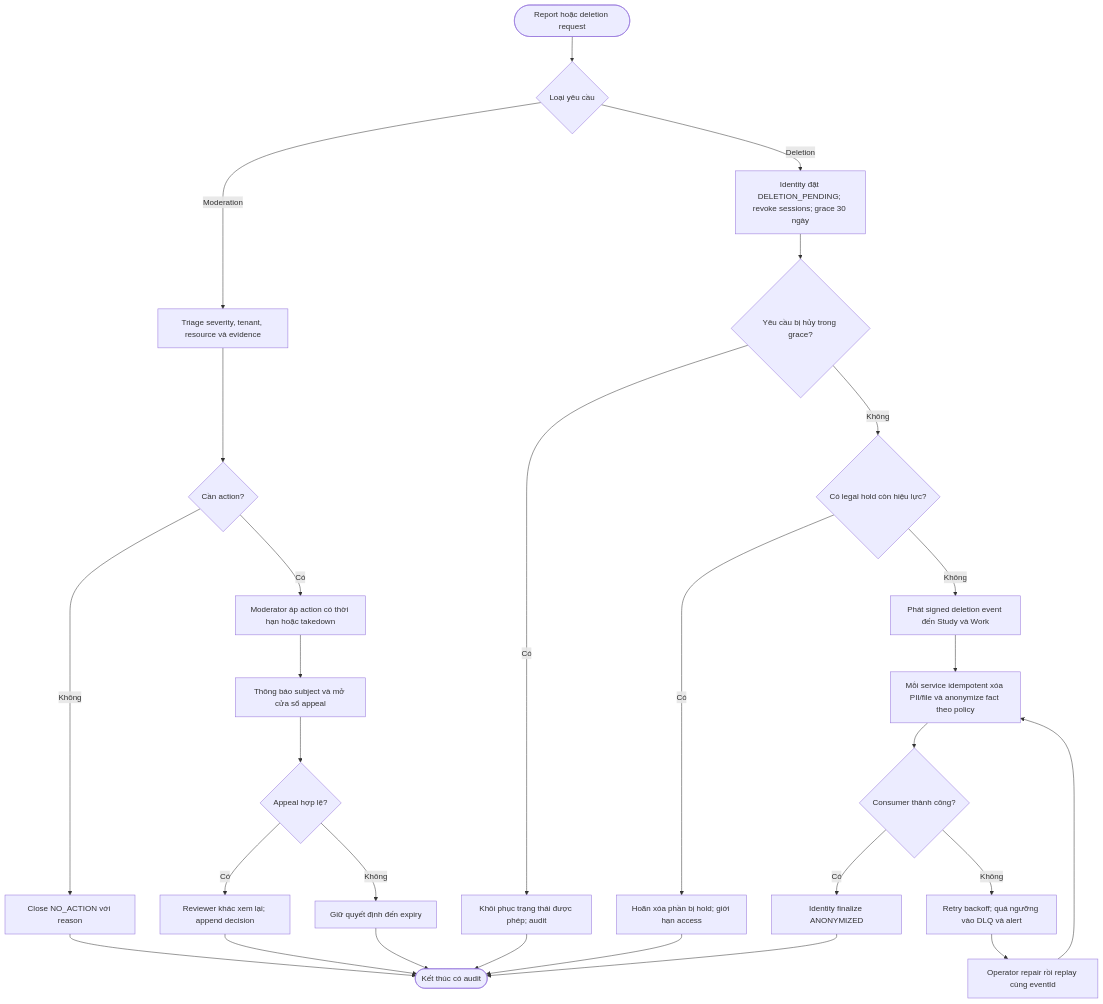
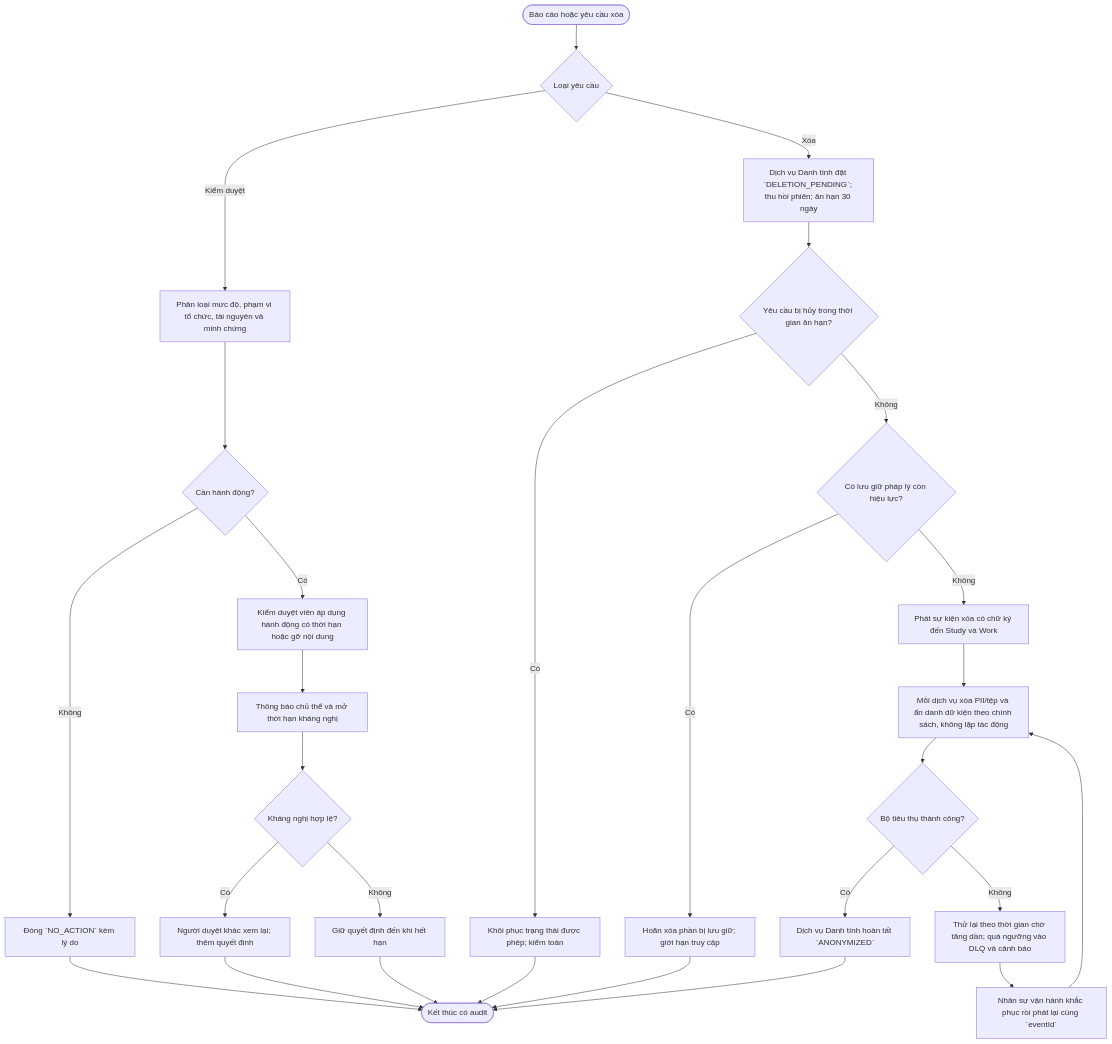
One commit to daovanhung-dev/Study2Work changed diagram 20 of 47 in docs/BD/02_BIEU_DO_HE_THONG.md. Above: the diagram before and after it, drawn with Mermaid. The commit also changed other lines of this file and 2295 other files, not shown here.

````diff
--- a/docs/BD/02_BIEU_DO_HE_THONG.md
+++ b/docs/BD/02_BIEU_DO_HE_THONG.md
@@ -810,30 +811,30 @@
 ```mermaid
 flowchart TD
-    A([Report hoặc deletion request]) --> B{Loại yêu cầu}
-    B -- Moderation --> C[Triage severity, tenant, resource và evidence]
-    C --> D{Cần action?}
-    D -- Không --> E[Close NO_ACTION với reason]
-    D -- Có --> F[Moderator áp action có thời hạn hoặc takedown]
-    F --> G[Thông báo subject và mở cửa sổ appeal]
-    G --> H{Appeal hợp lệ?}
-    H -- Có --> I[Reviewer khác xem lại; append decision]
-    H -- Không --> J[Giữ quyết định đến expiry]
-    B -- Deletion --> K[Identity đặt DELETION_PENDING; revoke sessions; grace 30 ngày]
-    K --> L{Yêu cầu bị hủy trong grace?}
-    L -- Có --> M[Khôi phục trạng thái được phép; audit]
-    L -- Không --> N{Có legal hold còn hiệu lực?}
-    N -- Có --> O[Hoãn xóa phần bị hold; giới hạn access]
-    N -- Không --> P[Phát signed deletion event đến Study và Work]
-    P --> Q[Mỗi service idempotent xóa PII/file và anonymize fact theo policy]
-    Q --> R{Consumer thành công?}
-    R -- Không --> S[Retry backoff; quá ngưỡng vào DLQ và alert]
-    R -- Có --> T[Identity finalize ANONYMIZED]
-    S --> U[Operator repair rồi replay cùng eventId]
+    A([Báo cáo hoặc yêu cầu xóa]) --> B{Loại yêu cầu}
+    B -- Kiểm duyệt --> C[Phân loại mức độ, phạm vi tổ chức, tài nguyên và minh chứng]
+    C --> D{Cần hành động?}
+    D -- Không --> E[Đóng `NO_ACTION` kèm lý do]
+    D -- Có --> F[Kiểm duyệt viên áp dụng hành động có thời hạn hoặc gỡ nội dung]
+    F --> G[Thông báo chủ thể và mở thời hạn kháng nghị]
+    G --> H{Kháng nghị hợp lệ?}
+    H -- Có --> I[Người duyệt khác xem lại; thêm quyết định]
+    H -- Không --> J[Giữ quyết định đến khi hết hạn]
+    B -- Xóa --> K[Dịch vụ Danh tính đặt `DELETION_PENDING`; thu hồi phiên; ân hạn 30 ngày]
+    K --> L{Yêu cầu bị hủy trong thời gian ân hạn?}
+    L -- Có --> M[Khôi phục trạng thái được phép; kiểm toán]
+    L -- Không --> N{Có lưu giữ pháp lý còn hiệu lực?}
+    N -- Có --> O[Hoãn xóa phần bị lưu giữ; giới hạn truy cập]
+    N -- Không --> P[Phát sự kiện xóa có chữ ký đến Study và Work]
+    P --> Q[Mỗi dịch vụ xóa PII/tệp và ẩn danh dữ kiện theo chính sách, không lặp tác động]
+    Q --> R{Bộ tiêu thụ thành công?}
+    R -- Không --> S[Thử lại theo thời gian chờ tăng dần; quá ngưỡng vào DLQ và cảnh báo]
+    R -- Có --> T[Dịch vụ Danh tính hoàn tất `ANONYMIZED`]
+    S --> U[Nhân sự vận hành khắc phục rồi phát lại cùng `eventId`]
     U --> Q
     E --> V([Kết thúc có audit])
     I --> V
     J --> V
     M --> V
     O --> V
     T --> V
 ```
````
